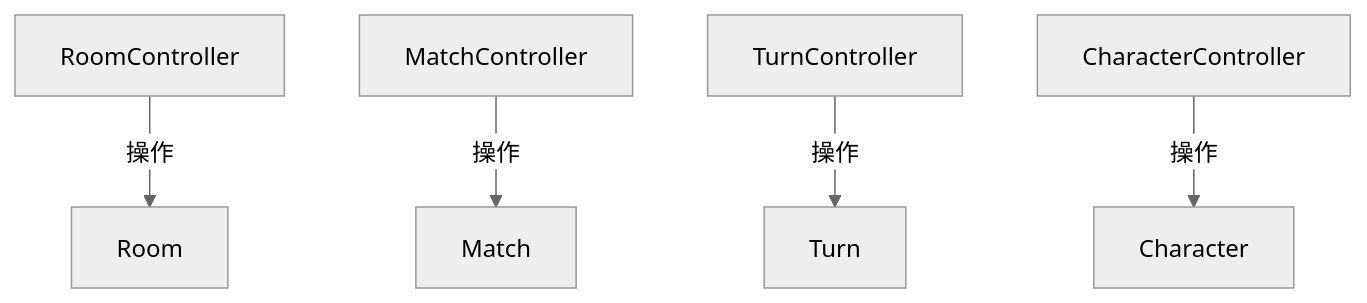
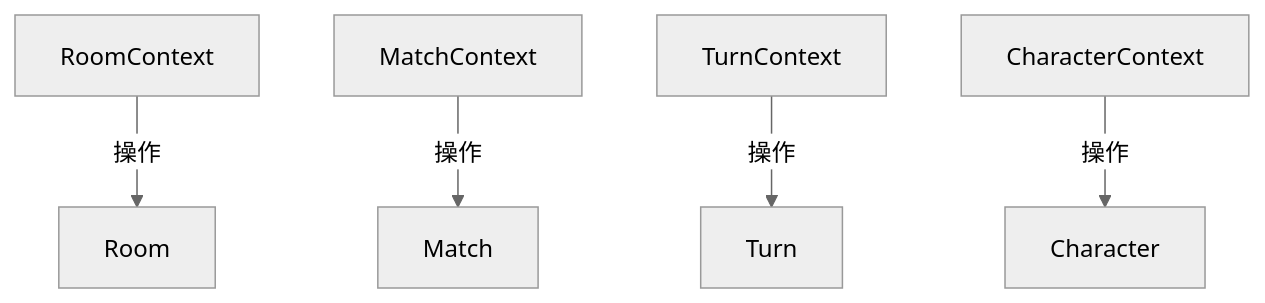
Before and after one commit to crossagent/paotuan: the fourth of 7 diagrams in docs/架构.md, drawn with Mermaid (neutral theme). The commit also changed other lines of this file and 6 other files, not shown here.

````diff
--- a/docs/架构.md
+++ b/docs/架构.md
@@ -140,7 +140,7 @@
 ```mermaid
 graph TD
-    RoomController --> |操作| Room
-    MatchController --> |操作| Match
-    TurnController --> |操作| Turn
-    CharacterController --> |操作| Character
+    RoomContext --> |操作| Room
+    MatchContext --> |操作| Match
+    TurnContext --> |操作| Turn
+    CharacterContext --> |操作| Character
 ```
````
